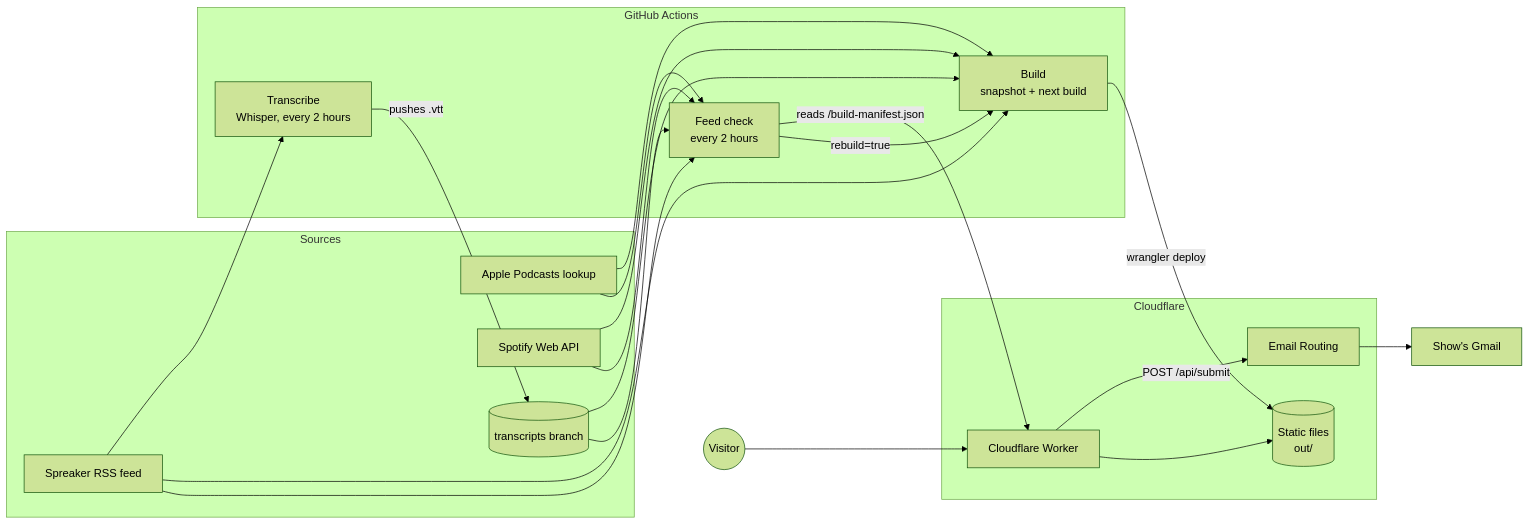
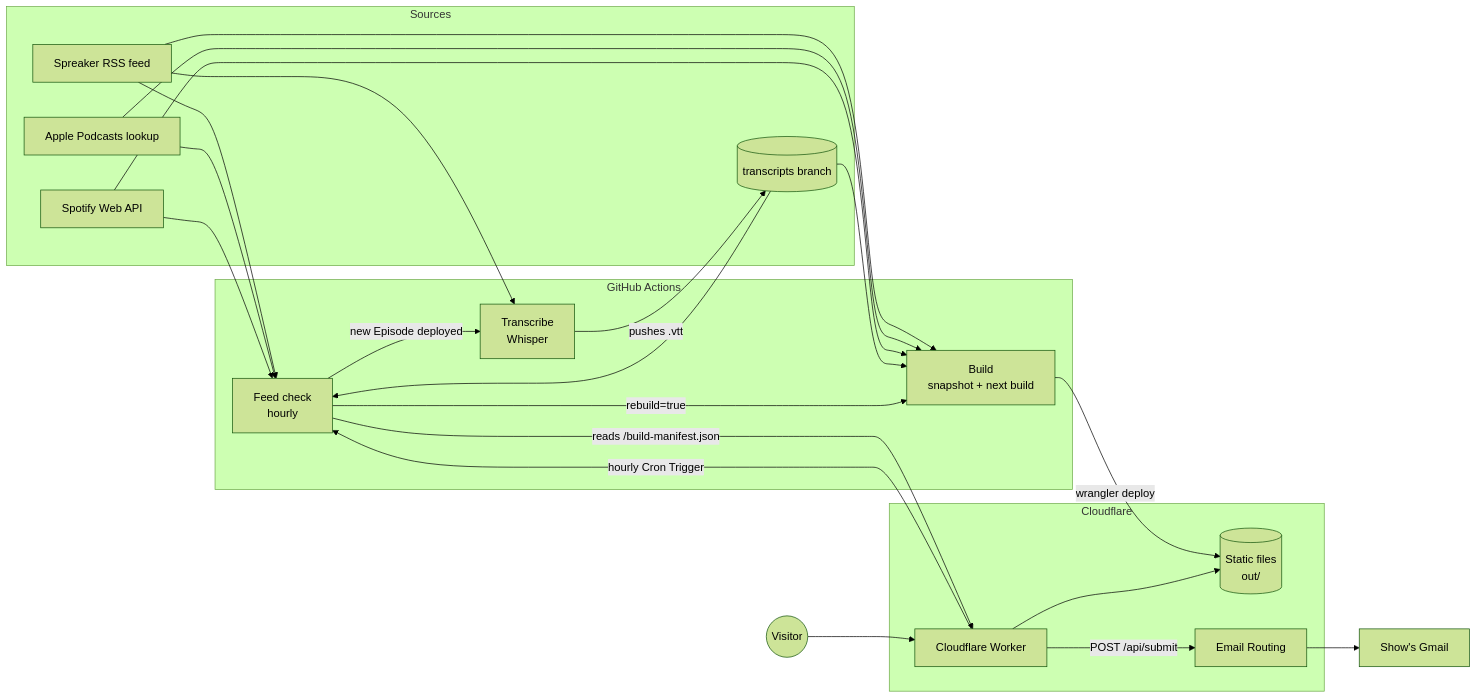
One commit to mbelmear/jesters-privilege changed the first of 2 diagrams in docs/architecture.md. Above: the diagram before and after it, drawn with Mermaid (forest theme). The commit also changed other lines of this file and 27 other files, not shown here.

First line of the commit message:
Start the feed check hourly from the site Worker (#302) (#306)

````diff
--- a/docs/architecture.md
+++ b/docs/architecture.md
@@ -9,39 +9,41 @@
 ```mermaid
 flowchart LR
   subgraph Sources
     Spreaker[Spreaker RSS feed]
     Apple[Apple Podcasts lookup]
     Spotify[Spotify Web API]
     TB[(transcripts branch)]
   end
 
   subgraph GitHub Actions
-    Check[Feed check<br/>every 2 hours]
+    Check[Feed check<br/>hourly]
     Build[Build<br/>snapshot + next build]
-    Transcribe[Transcribe<br/>Whisper, every 2 hours]
+    Transcribe[Transcribe<br/>Whisper]
   end
 
   subgraph Cloudflare
     Worker[Cloudflare Worker]
     Assets[(Static files<br/>out/)]
     Email[Email Routing]
   end
 
   Spreaker --> Check
   Apple --> Check
   Spotify --> Check
   TB --> Check
   Spreaker --> Build
   Spreaker --> Transcribe
   Apple --> Build
   Spotify --> Build
   TB --> Build
   Transcribe -->|pushes .vtt| TB
+  Worker -->|hourly Cron Trigger| Check
   Check -->|rebuild=true| Build
+  Check -->|new Episode deployed| Transcribe
   Check -->|reads /build-manifest.json| Worker
   Build -->|wrangler deploy| Assets
   Visitor((Visitor)) --> Worker
   Worker --> Assets
   Worker -->|POST /api/submit| Email
   Email --> Gmail[Show's Gmail]
 ```
````
